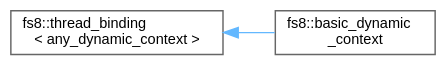
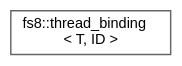
The diagram in api/inherit_graph_129.dot (the-moisrex/foresight), drawn with Graphviz before and after one commit. The commit also changed 165 other files, not shown here.

```diff
--- a/api/inherit_graph_129.dot
+++ b/api/inherit_graph_129.dot
@@ -1,11 +1,9 @@
 digraph "Graphical Class Hierarchy"
 {
  // LATEX_PDF_SIZE
   bgcolor="transparent";
   edge [fontname=Helvetica,fontsize=10,labelfontname=Helvetica,labelfontsize=10];
   node [fontname=Helvetica,fontsize=10,shape=box,height=0.2,width=0.4];
   rankdir="LR";
-  Node0 [id="Node000000",label="fs8::thread_binding\l\< any_dynamic_context \>",height=0.2,width=0.4,color="grey40", fillcolor="white", style="filled",URL="$structfs8_1_1thread__binding.html",tooltip=" "];
-  Node0 -> Node1 [id="edge150_Node000000_Node000001",dir="back",color="steelblue1",style="solid",tooltip=" "];
-  Node1 [id="Node000001",label="fs8::basic_dynamic\l_context",height=0.2,width=0.4,color="grey40", fillcolor="white", style="filled",URL="$structfs8_1_1basic__dynamic__context.html",tooltip=" "];
+  Node0 [id="Node000000",label="fs8::thread_binding\l\< T, ID \>",height=0.2,width=0.4,color="grey40", fillcolor="white", style="filled",URL="$structfs8_1_1thread__binding.html",tooltip=" "];
 }
```
